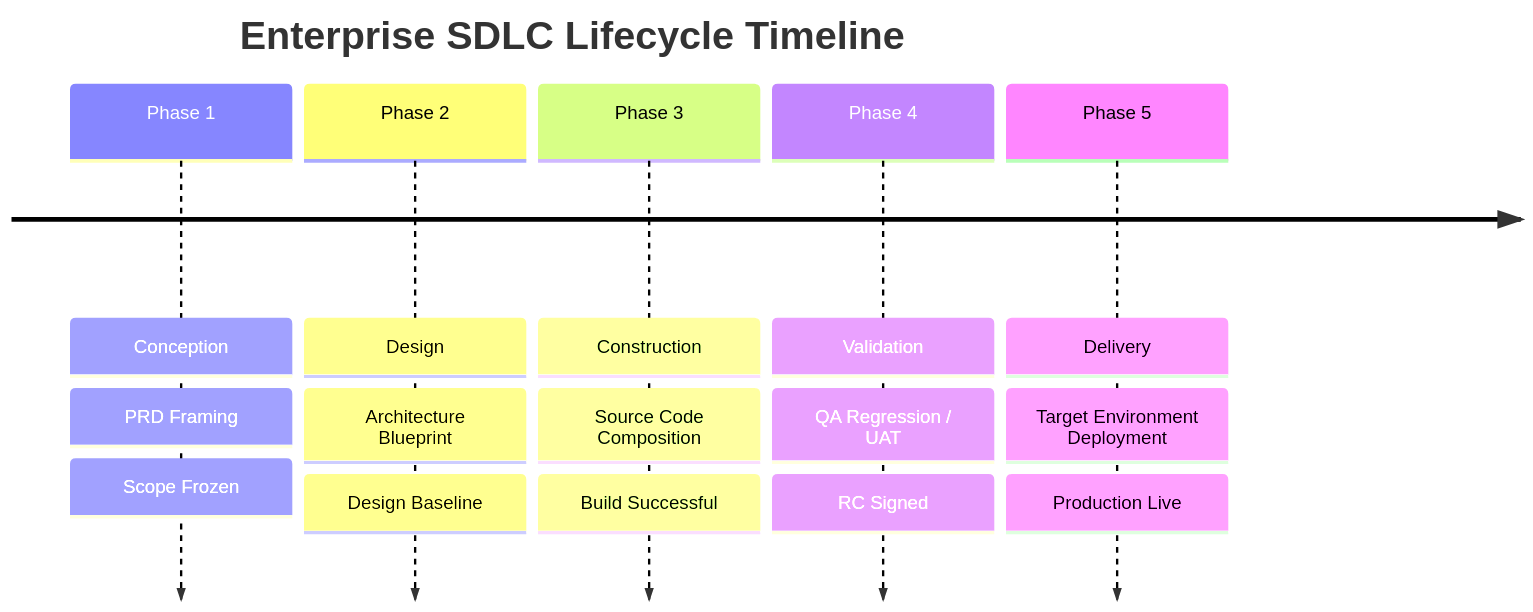
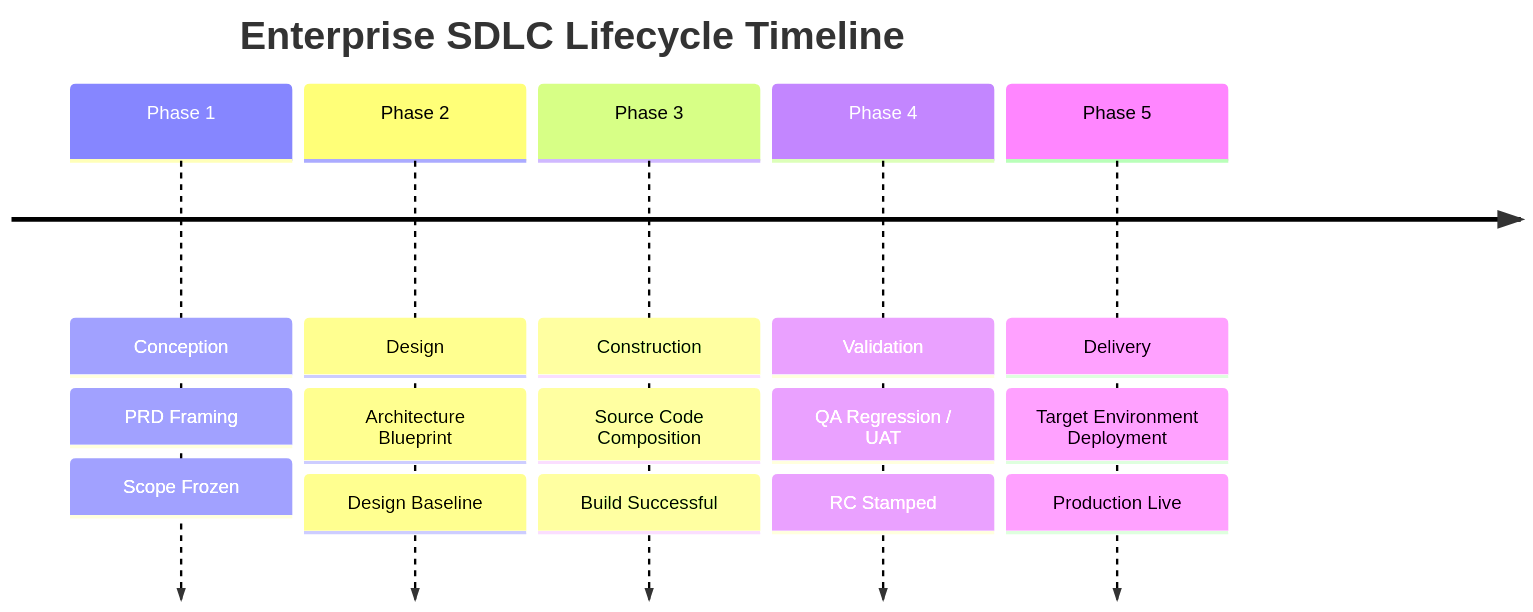
The first of 2 diagrams in reference/governance/sdlc/02-engineering/construction-focused-sdlc-framework.md (beyondnetcode/evolith_arch32), drawn with Mermaid before and after one commit. The commit also changed other lines of this file, not shown here.

````diff
--- a/reference/governance/sdlc/02-engineering/construction-focused-sdlc-framework.md
+++ b/reference/governance/sdlc/02-engineering/construction-focused-sdlc-framework.md
@@ -20,9 +20,9 @@
 ```mermaid
 timeline
  title Enterprise SDLC Lifecycle Timeline
  Phase 1: Conception : PRD Framing : Scope Frozen
  Phase 2: Design : Architecture Blueprint : Design Baseline
  Phase 3: Construction : Source Code Composition : Build Successful
- Phase 4: Validation : QA Regression / UAT : RC Signed
+ Phase 4: Validation : QA Regression / UAT : RC Stamped
  Phase 5: Delivery : Target Environment Deployment : Production Live
 ```
````
